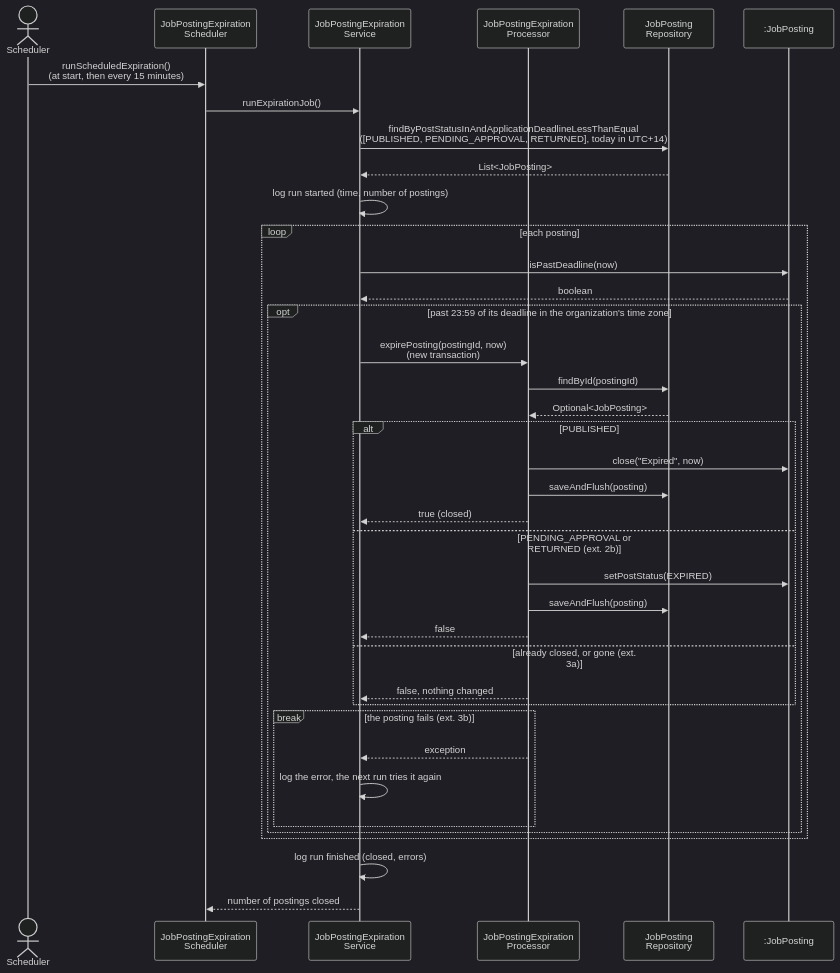
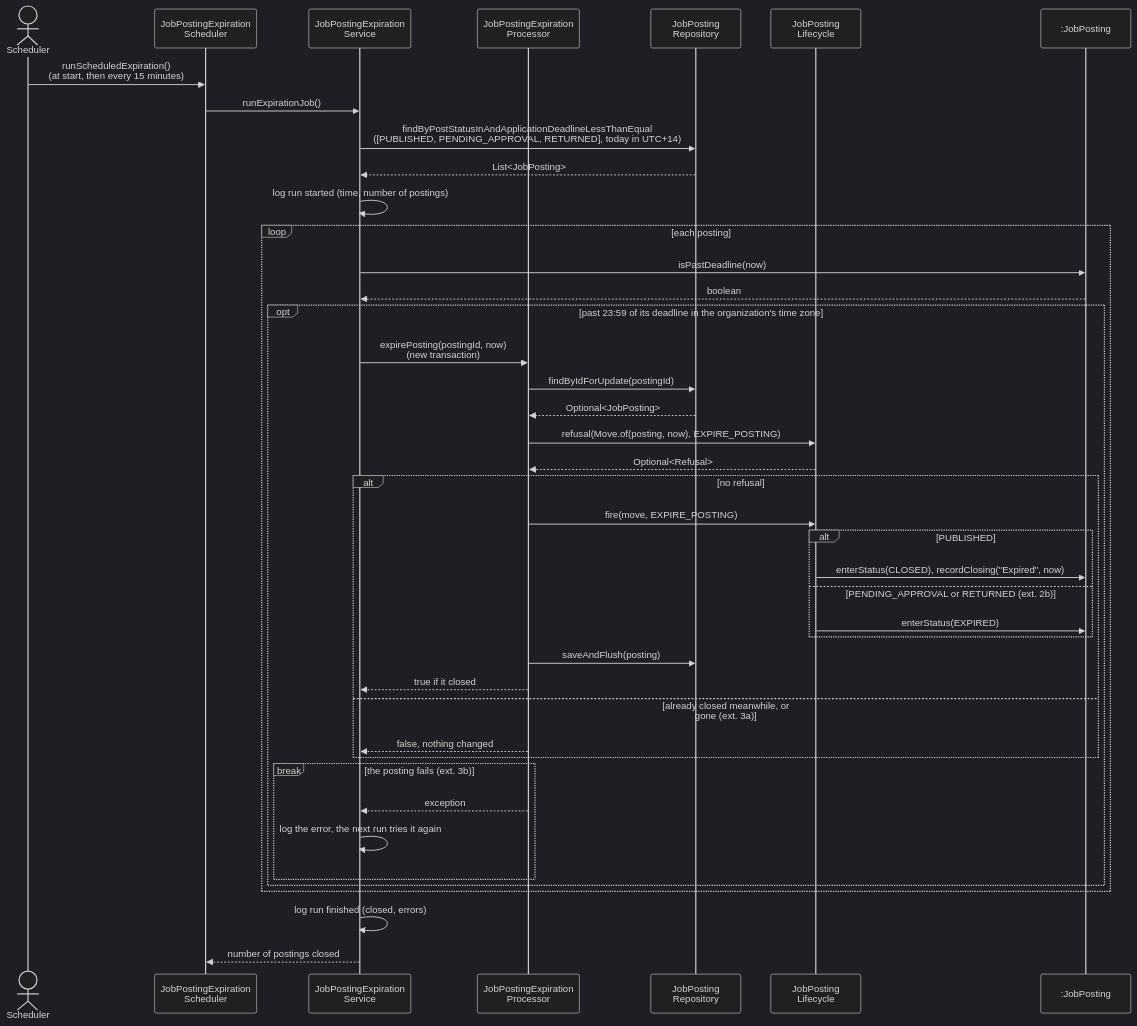
One commit to berdyshevol/careerbridge-csi5324 changed diagram 15 of 17 in spec/design.md. Above: the diagram before and after it, drawn with Mermaid (dark theme). The commit also changed other lines of this file and 7 other files, not shown here.

Commit message:
SCRUM-268 Decisions check the state before the comment, lock their posting; ADR-0015, architecture and design follow the tables

````diff
--- a/spec/design.md
+++ b/spec/design.md
@@ -744,41 +751,45 @@
 ```mermaid
 sequenceDiagram
     actor S as Scheduler
     participant SC as JobPostingExpiration<br/>Scheduler
     participant ES as JobPostingExpiration<br/>Service
     participant PR as JobPostingExpiration<br/>Processor
     participant JR as JobPosting<br/>Repository
+    participant L as JobPosting<br/>Lifecycle
     participant P as :JobPosting
 
     S->>SC: runScheduledExpiration()<br/>(at start, then every 15 minutes)
     SC->>ES: runExpirationJob()
     ES->>JR: findByPostStatusInAndApplicationDeadlineLessThanEqual<br/>([PUBLISHED, PENDING_APPROVAL, RETURNED], today in UTC+14)
     JR-->>ES: List<JobPosting>
     ES->>ES: log run started (time, number of postings)
     loop each posting
         ES->>P: isPastDeadline(now)
         P-->>ES: boolean
         opt past 23:59 of its deadline in the organization's time zone
             ES->>PR: expirePosting(postingId, now)<br/>(new transaction)
-            PR->>JR: findById(postingId)
+            PR->>JR: findByIdForUpdate(postingId)
             JR-->>PR: Optional<JobPosting>
-            alt PUBLISHED
-                PR->>P: close("Expired", now)
+            PR->>L: refusal(Move.of(posting, now), EXPIRE_POSTING)
+            L-->>PR: Optional<Refusal>
+            alt no refusal
+                PR->>L: fire(move, EXPIRE_POSTING)
+                alt PUBLISHED
+                    L->>P: enterStatus(CLOSED), recordClosing("Expired", now)
+                else PENDING_APPROVAL or RETURNED (ext. 2b)
+                    L->>P: enterStatus(EXPIRED)
+                end
                 PR->>JR: saveAndFlush(posting)
-                PR-->>ES: true (closed)
-            else PENDING_APPROVAL or RETURNED (ext. 2b)
-                PR->>P: setPostStatus(EXPIRED)
-                PR->>JR: saveAndFlush(posting)
-                PR-->>ES: false
-            else already closed, or gone (ext. 3a)
+                PR-->>ES: true if it closed
+            else already closed meanwhile, or gone (ext. 3a)
                 PR-->>ES: false, nothing changed
             end
             break the posting fails (ext. 3b)
                 PR-->>ES: exception
                 ES->>ES: log the error, the next run tries it again
             end
         end
     end
     ES->>ES: log run finished (closed, errors)
     ES-->>SC: number of postings closed
 ```
````
